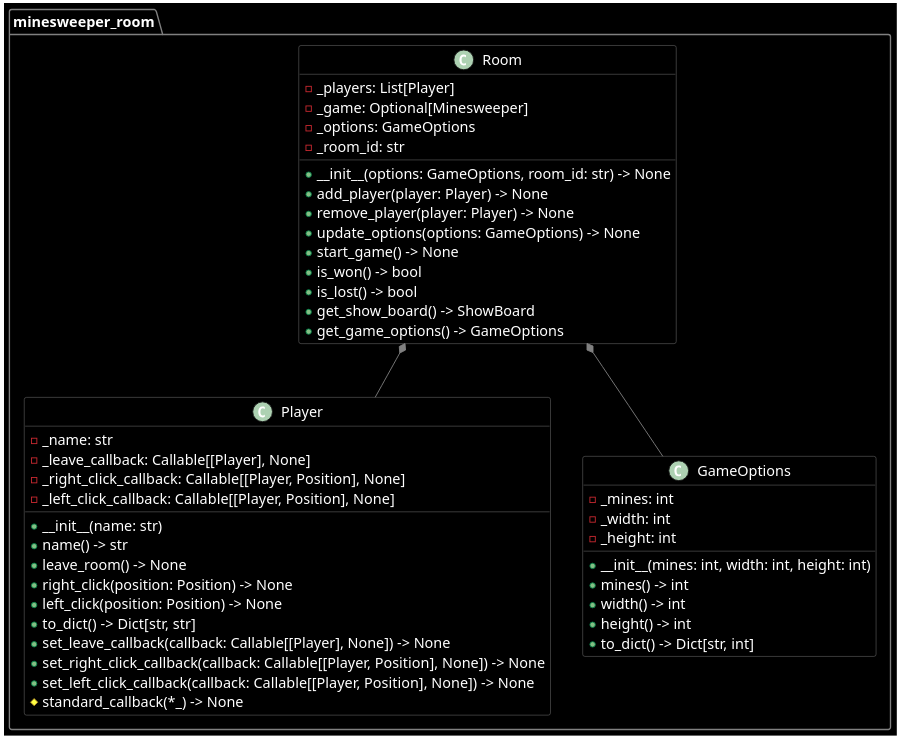
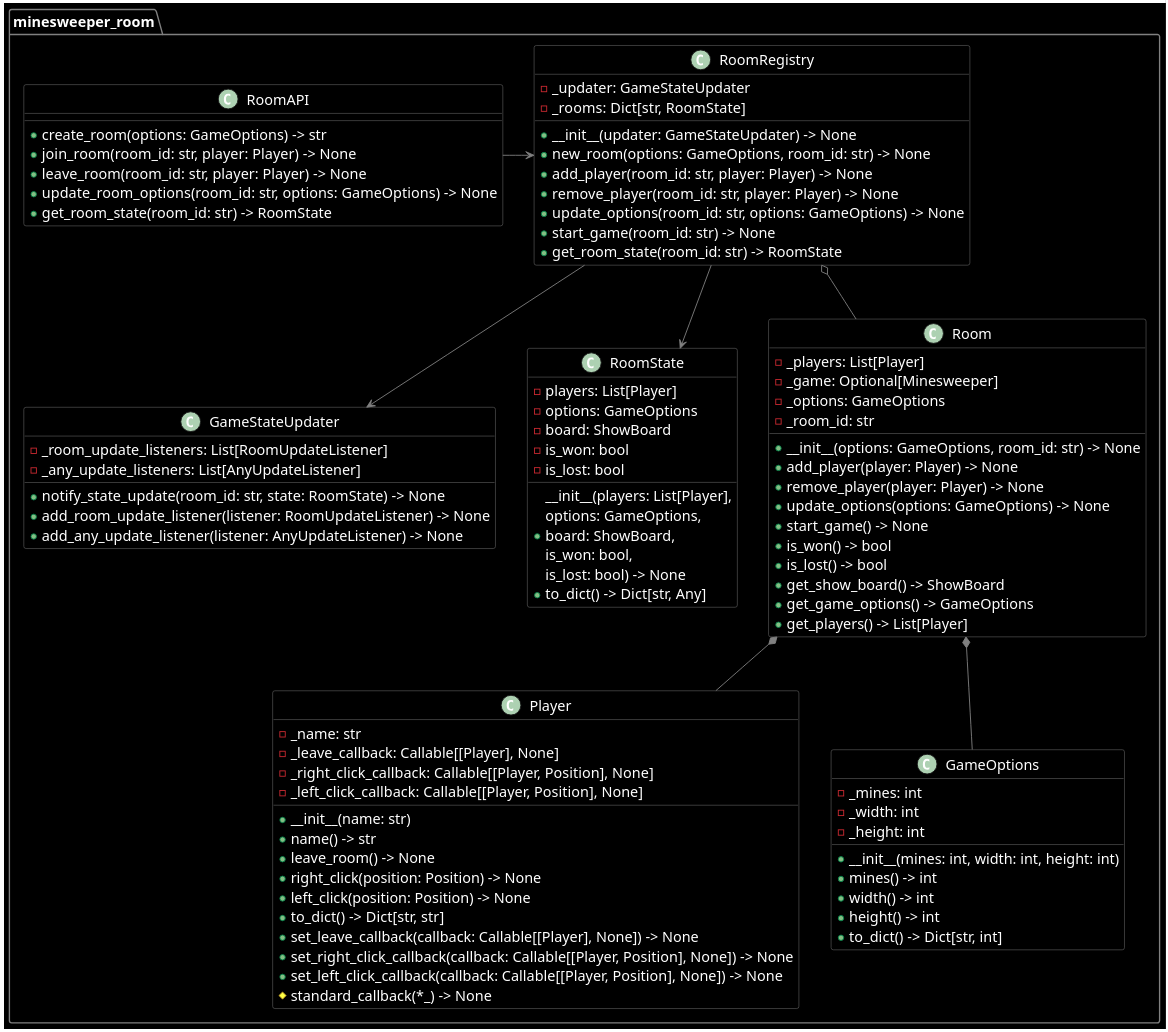
Before and after one commit to HampusSiik/minesweeper-with-friends: the diagram in doc/minesweeper_room-diagram.puml, drawn with PlantUML. The commit also changed 3 other files, not shown here.

Commit message:
Add RoomRegistry class for managing room registration and state updates

```diff
--- a/doc/minesweeper_room-diagram.puml
+++ b/doc/minesweeper_room-diagram.puml
@@ -1,87 +1,134 @@
 @startuml minesweeper_room
 
 skinparam {
 
     DefaultFontColor White
     DefaultFontName Monospace
     DefaultFontSize 16
     DefaultBorderColor White
     ArrowColor Gray
 
     BackgroundColor Black
     BorderColor Gray
     FontColor White
 
     class {
         BackgroundColor Black
         BorderColor Gray
     }
 
     package {
         BackgroundColor Black
         BorderColor Gray
     }
 
 }
 
 package minesweeper_room {
+
+
+    class GameStateUpdater {
+        - _room_update_listeners: List[RoomUpdateListener]
+        - _any_update_listeners: List[AnyUpdateListener]
+        + notify_state_update(room_id: str, state: RoomState) -> None
+        + add_room_update_listener(listener: RoomUpdateListener) -> None
+        + add_any_update_listener(listener: AnyUpdateListener) -> None
+    }
+
+    class RoomState {
+        - players: List[Player]
+        - options: GameOptions
+        - board: ShowBoard
+        - is_won: bool
+        - is_lost: bool
+        + __init__(players: List[Player],\noptions: GameOptions,\nboard: ShowBoard,\nis_won: bool,\nis_lost: bool) -> None
+        + to_dict() -> Dict[str, Any]
+    }
+
+    class RoomAPI {
+        + create_room(options: GameOptions) -> str
+        + join_room(room_id: str, player: Player) -> None
+        + leave_room(room_id: str, player: Player) -> None
+        + update_room_options(room_id: str, options: GameOptions) -> None
+        + get_room_state(room_id: str) -> RoomState
+    }
+
+    class RoomRegistry {
+        - _updater: GameStateUpdater
+        - _rooms: Dict[str, RoomState]
+        + __init__(updater: GameStateUpdater) -> None
+        + new_room(options: GameOptions, room_id: str) -> None
+        + add_player(room_id: str, player: Player) -> None
+        + remove_player(room_id: str, player: Player) -> None
+        + update_options(room_id: str, options: GameOptions) -> None
+        + start_game(room_id: str) -> None
+        + get_room_state(room_id: str) -> RoomState
+    }
+
+    RoomAPI -> RoomRegistry
+    RoomRegistry --> RoomState
+    RoomRegistry --> GameStateUpdater
+
 
     class Player {
 
         - _name: str
         - _leave_callback: Callable[[Player], None]
         - _right_click_callback: Callable[[Player, Position], None]
         - _left_click_callback: Callable[[Player, Position], None]
 
         + __init__(name: str)
         + name() -> str
         + leave_room() -> None
         + right_click(position: Position) -> None
         + left_click(position: Position) -> None
         + to_dict() -> Dict[str, str]
         + set_leave_callback(callback: Callable[[Player], None]) -> None
         + set_right_click_callback(callback: Callable[[Player, Position], None]) -> None
         + set_left_click_callback(callback: Callable[[Player, Position], None]) -> None
         # standard_callback(*_) -> None
 
     }
 
     class GameOptions {
 
         - _mines: int
         - _width: int
         - _height: int
 
         + __init__(mines: int, width: int, height: int)
         + mines() -> int
         + width() -> int
         + height() -> int
         + to_dict() -> Dict[str, int]
 
     }
 
     class Room {
 
         - _players: List[Player]
         - _game: Optional[Minesweeper]
         - _options: GameOptions
         - _room_id: str
 
         + __init__(options: GameOptions, room_id: str) -> None
         + add_player(player: Player) -> None
         + remove_player(player: Player) -> None
         + update_options(options: GameOptions) -> None
         + start_game() -> None
         + is_won() -> bool
         + is_lost() -> bool
         + get_show_board() -> ShowBoard
         + get_game_options() -> GameOptions
+        + get_players() -> List[Player]
 
     }
 
     Room *-- Player
     Room *-- GameOptions
 
+    RoomRegistry o-- Room
+
 }
 
 @enduml
```
